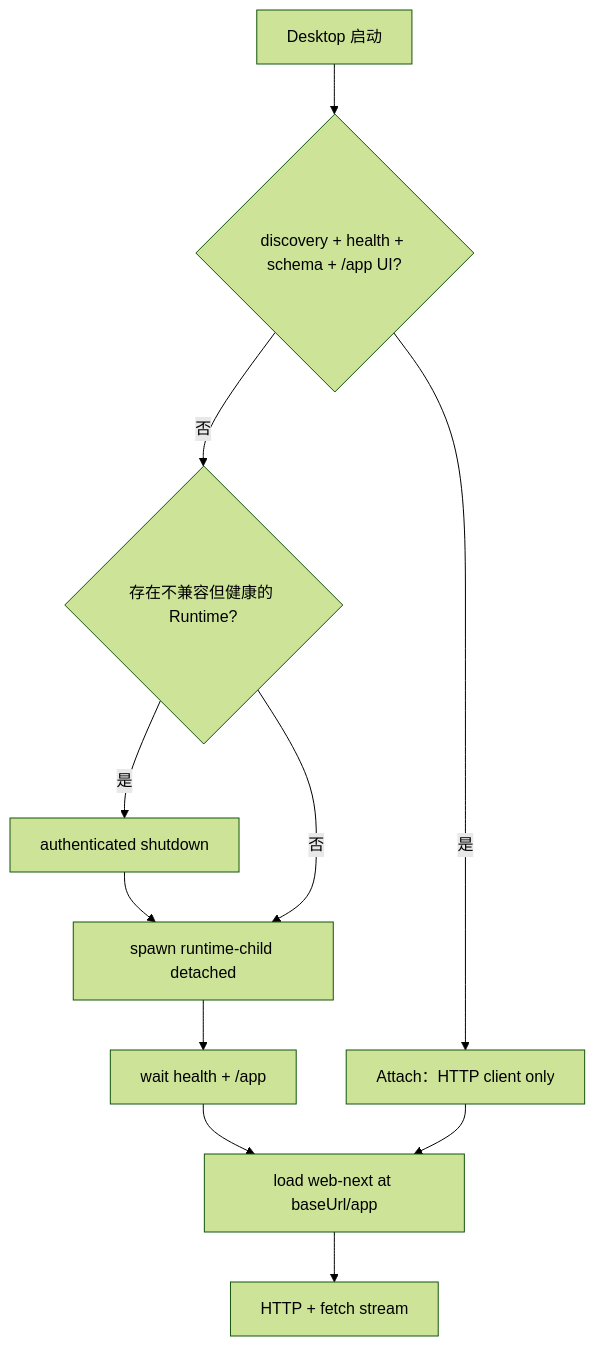
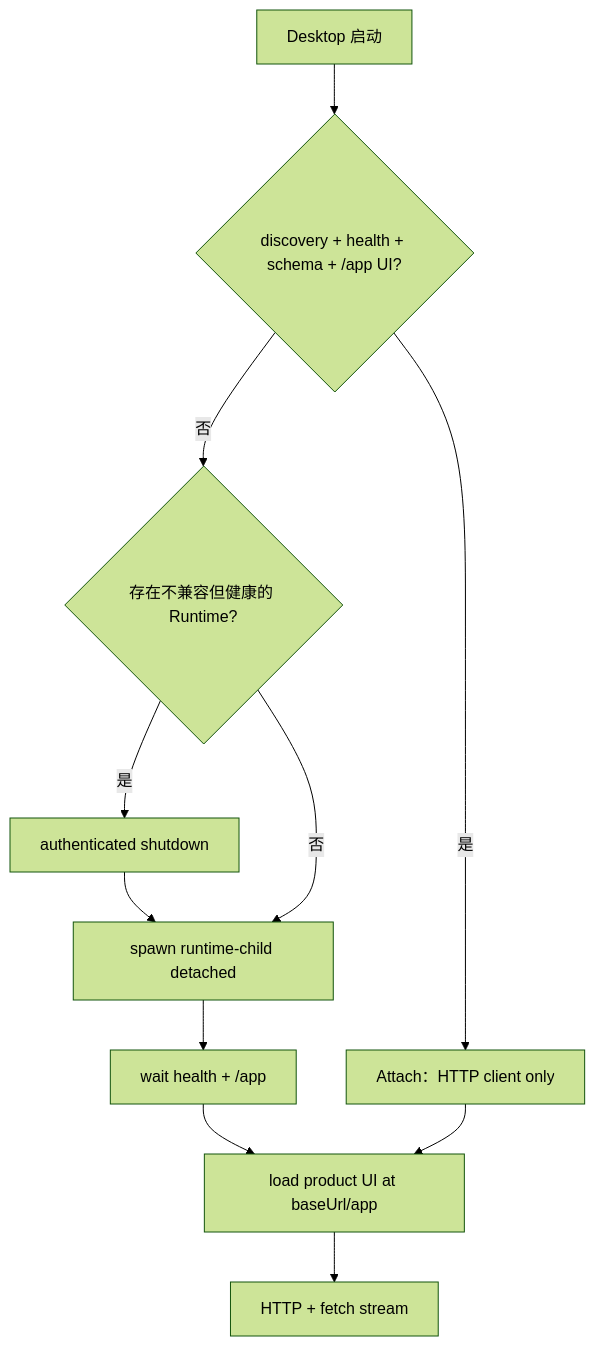
One commit to tzhaos/Cardo changed the second of 3 diagrams in docs/architecture/local-runtime-multi-client.md. Above: the diagram before and after it, drawn with Mermaid (forest theme). The commit also changed other lines of this file and 298 other files, not shown here.

First line of the commit message:
feat(web): unify product UI under src/web and ship sidebar shell

````diff
--- a/docs/architecture/local-runtime-multi-client.md
+++ b/docs/architecture/local-runtime-multi-client.md
@@ -187,13 +187,13 @@
 ```mermaid
 flowchart TD
   Start[Desktop 启动] --> Discover{discovery + health + schema + /app UI?}
   Discover -->|是| Attach[Attach：HTTP client only]
   Discover -->|否| Retire{存在不兼容但健康的 Runtime?}
   Retire -->|是| Shutdown[authenticated shutdown]
   Shutdown --> Spawn
   Retire -->|否| Spawn[spawn runtime-child detached]
   Spawn --> Wait[wait health + /app]
-  Wait --> UI[load web-next at baseUrl/app]
+  Wait --> UI[load product UI at baseUrl/app]
   Attach --> UI
   UI --> API[HTTP + fetch stream]
 ```
````
